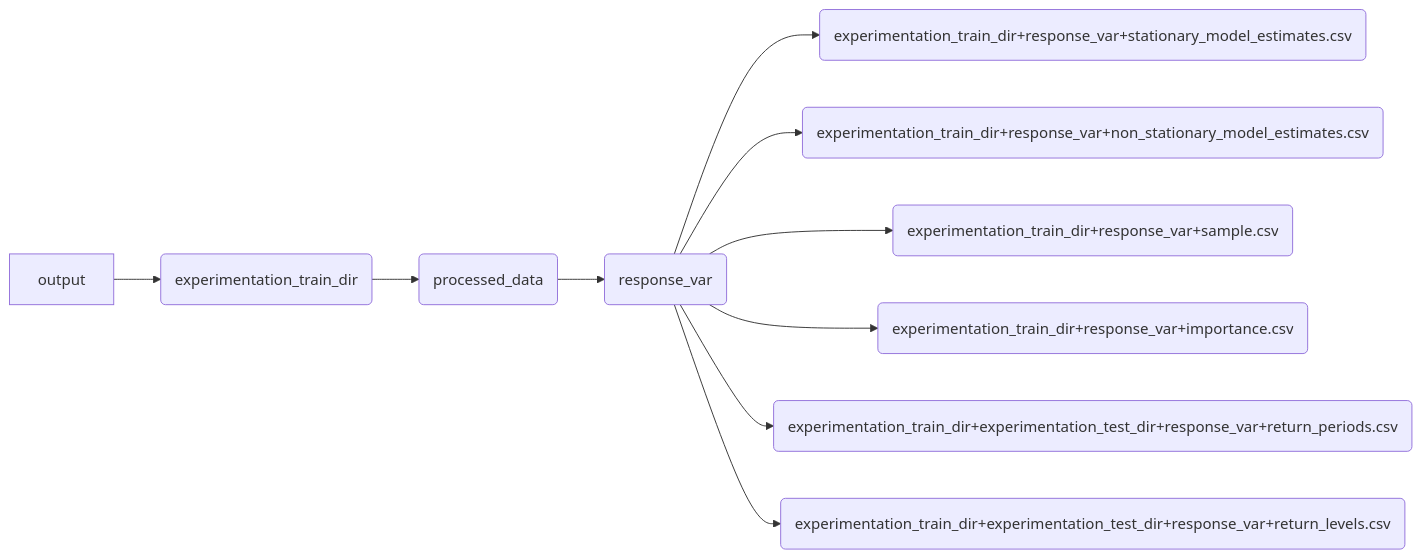
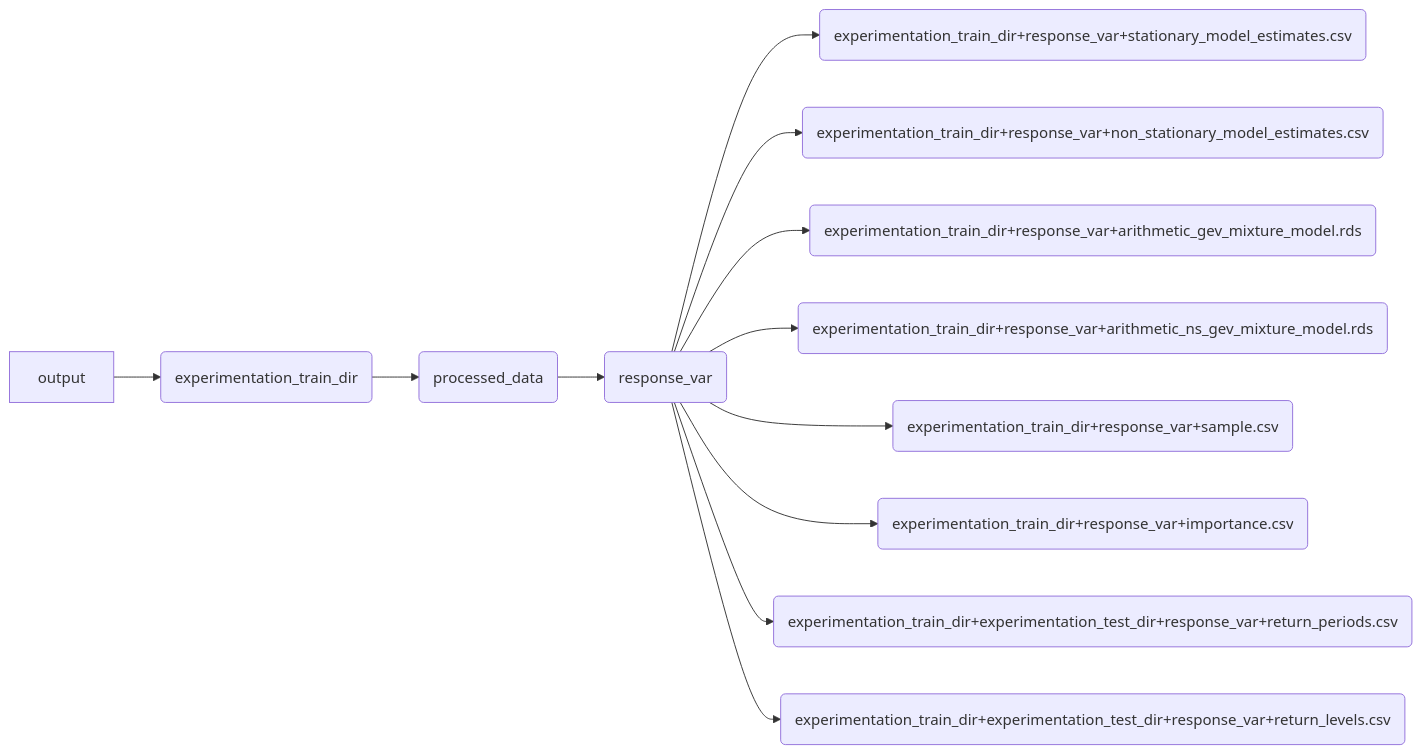
The third of 7 diagrams in model-operations.qmd (pdkengne/evops_manual), drawn with Mermaid before and after one commit. The commit also changed other lines of this file and 9 other files, not shown here.

````diff
--- a/model-operations.qmd
+++ b/model-operations.qmd
@@ -80,12 +93,14 @@
 ```{mermaid}
 flowchart LR
   O[output] --> E(experimentation_train_dir)
   E --> F(processed_data)
   F --> G(response_var)
   G --> G5(experimentation_train_dir+response_var+stationary_model_estimates.csv)
   G --> G6(experimentation_train_dir+response_var+non_stationary_model_estimates.csv)
+  G --> G9(experimentation_train_dir+response_var+arithmetic_gev_mixture_model.rds)
+  G --> G10(experimentation_train_dir+response_var+arithmetic_ns_gev_mixture_model.rds)
   G --> G3(experimentation_train_dir+response_var+sample.csv)
   G --> G4(experimentation_train_dir+response_var+importance.csv)
   G --> G7(experimentation_train_dir+experimentation_test_dir+response_var+return_periods.csv)
   G --> G8(experimentation_train_dir+experimentation_test_dir+response_var+return_levels.csv)
 ```
````
